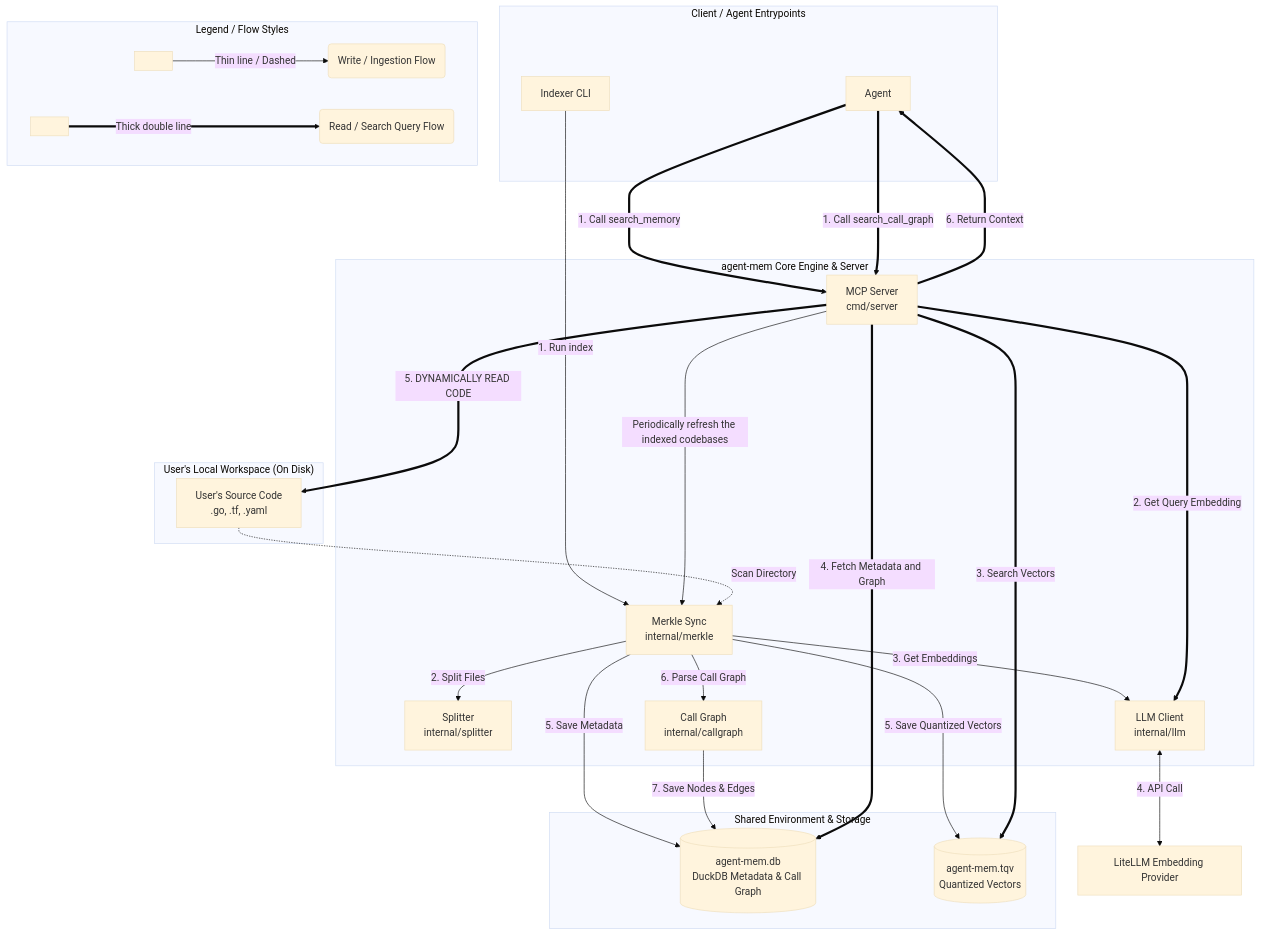
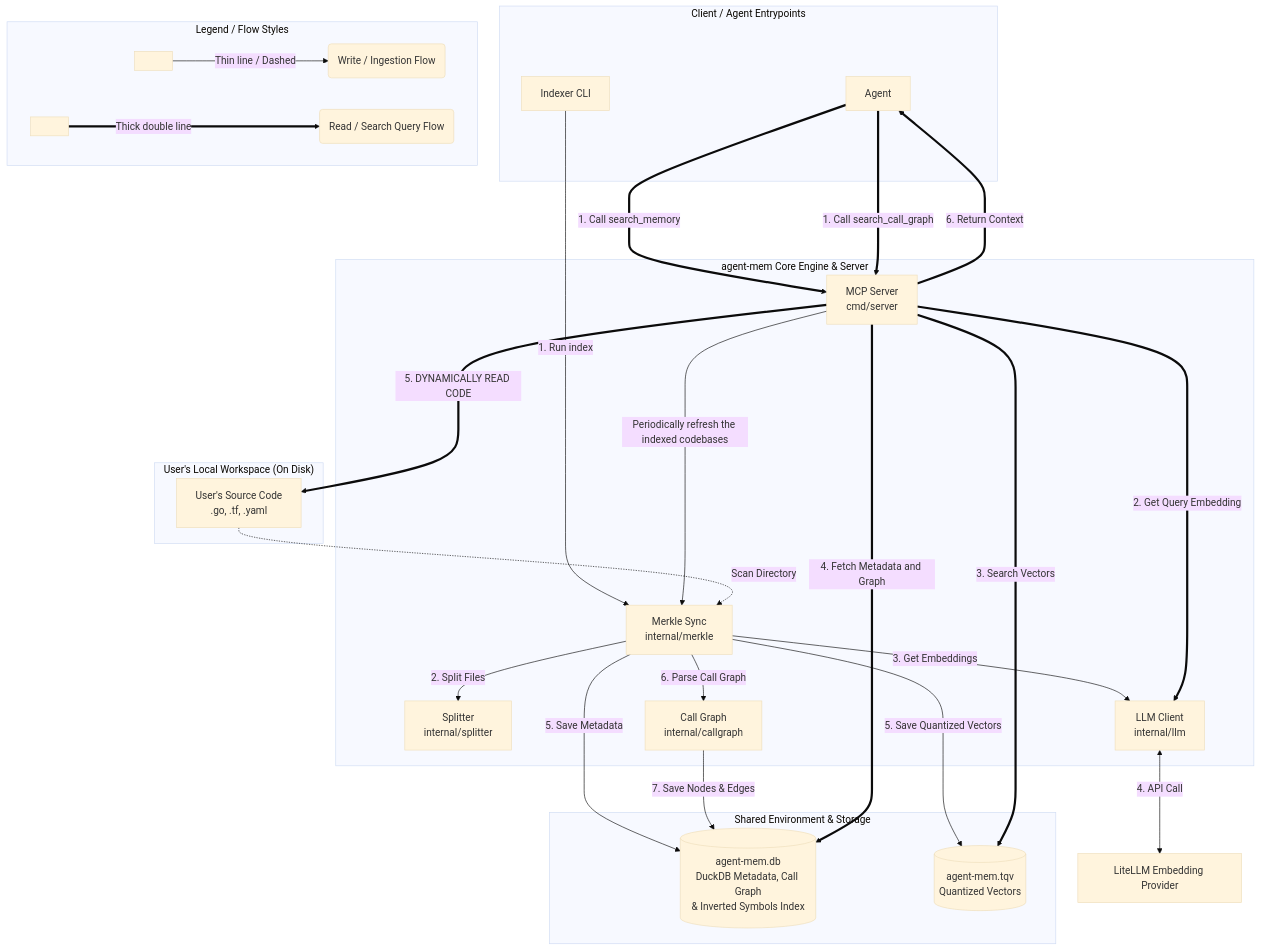
Before and after one commit to datnguyenzzz/semantic-grep: the diagram in README.md, drawn with Mermaid (base theme). The commit also changed other lines of this file and 8 other files, not shown here.

Commit message:
inverted index and hybrid search

````diff
--- a/README.md
+++ b/README.md
@@ -82,65 +82,65 @@
 ```mermaid
 flowchart TD
     %% Entrypoints & Client
     subgraph Client ["Client / Agent Entrypoints"]
         cli[Agent]
         idx_cli[Indexer CLI]
     end
 
     %% Core Components
     subgraph Core ["agent-mem Core Engine & Server"]
         merkle[Merkle Sync<br/>internal/merkle]
         splitter[Splitter<br/>internal/splitter]
         llm[LLM Client<br/>internal/llm]
         callgraph[Call Graph<br/>internal/callgraph]
         mcp_srv[MCP Server<br/>cmd/server]
     end
 
     %% Shared Environment & Databases
     subgraph Storage ["Shared Environment & Storage"]
-        duckdb_file[(agent-mem.db<br/>DuckDB Metadata & Call Graph)]
+        duckdb_file[(agent-mem.db<br/>DuckDB Metadata, Call Graph<br/>& Inverted Symbols Index)]
         tqv_file[(agent-mem.tqv<br/>Quantized Vectors)]
     end
 
     %% User's Environment
     subgraph Workspace ["User's Local Workspace (On Disk)"]
         code_files[User's Source Code<br/>.go, .tf, .yaml]
     end
 
     %% External Provider
     litellm[LiteLLM Embedding Provider]
 
     %% ──────────────────────────────────────────────────────────
     %% WRITE PATH: Indexing & Ingestion (Thin lines / Dashes)
     %% ──────────────────────────────────────────────────────────
     idx_cli -->|1. Run index| merkle
     mcp_srv -->|Periodically refresh the indexed codebases| merkle
     code_files -.->|Scan Directory| merkle
     merkle -->|2. Split Files| splitter
     merkle -->|3. Get Embeddings| llm
     llm <-->|4. API Call| litellm
     merkle -->|5. Save Metadata| duckdb_file
     merkle -->|5. Save Quantized Vectors| tqv_file
     merkle -->|6. Parse Call Graph| callgraph
     callgraph -->|7. Save Nodes & Edges| duckdb_file
 
     %% ──────────────────────────────────────────────────────────
     %% READ PATH: MCP Search & Retrieval (Thick Double Lines)
     %% ──────────────────────────────────────────────────────────
     cli ===>|1. Call search_memory| mcp_srv
     cli ===>|1. Call search_call_graph| mcp_srv
     mcp_srv ===>|2. Get Query Embedding| llm
     mcp_srv ===>|3. Search Vectors| tqv_file
     mcp_srv ===>|4. Fetch Metadata and Graph| duckdb_file
     mcp_srv ===>|5. DYNAMICALLY READ CODE| code_files
     mcp_srv ===>|6. Return Context| cli
 
     %% ──────────────────────────────────────────────────────────
     %% FLOW LEGEND (Self-Explanatory Arrow Styles)
     %% ──────────────────────────────────────────────────────────
     subgraph Legend ["Legend / Flow Styles"]
         direction LR
         style_w[ ] -->|Thin line / Dashed| desc_w(Write / Ingestion Flow)
         style_r[ ] ===>|Thick double line| desc_r(Read / Search Query Flow)
     end
 ```
````
